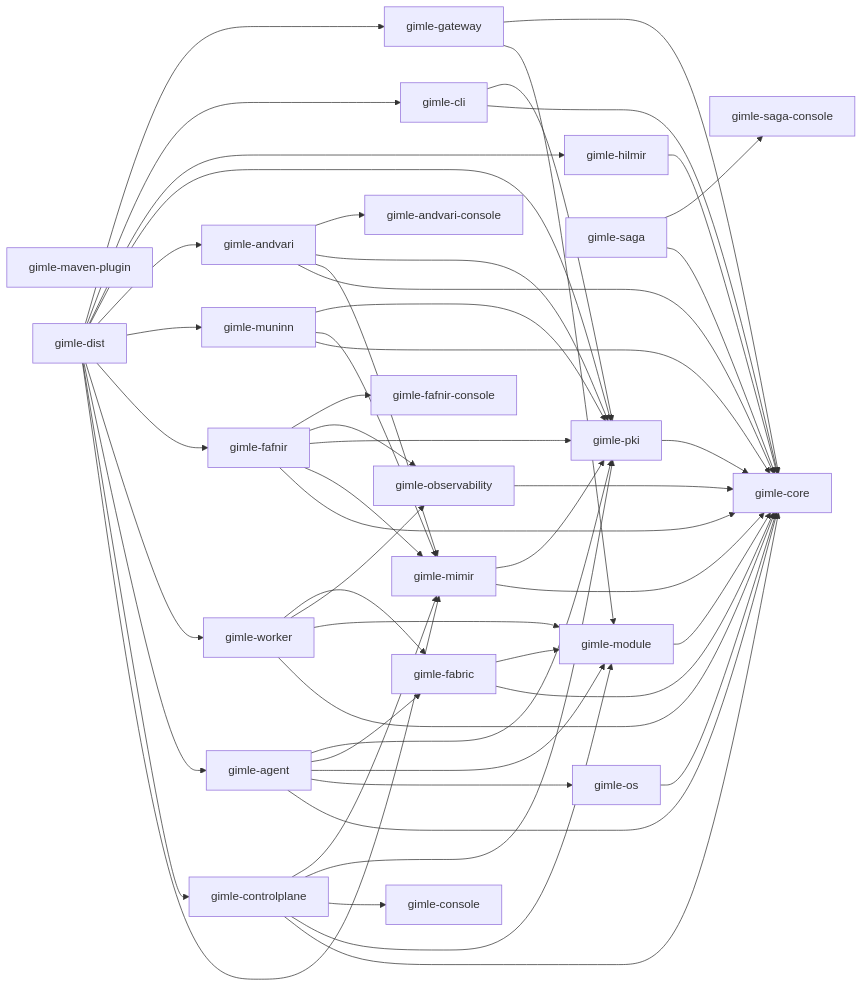
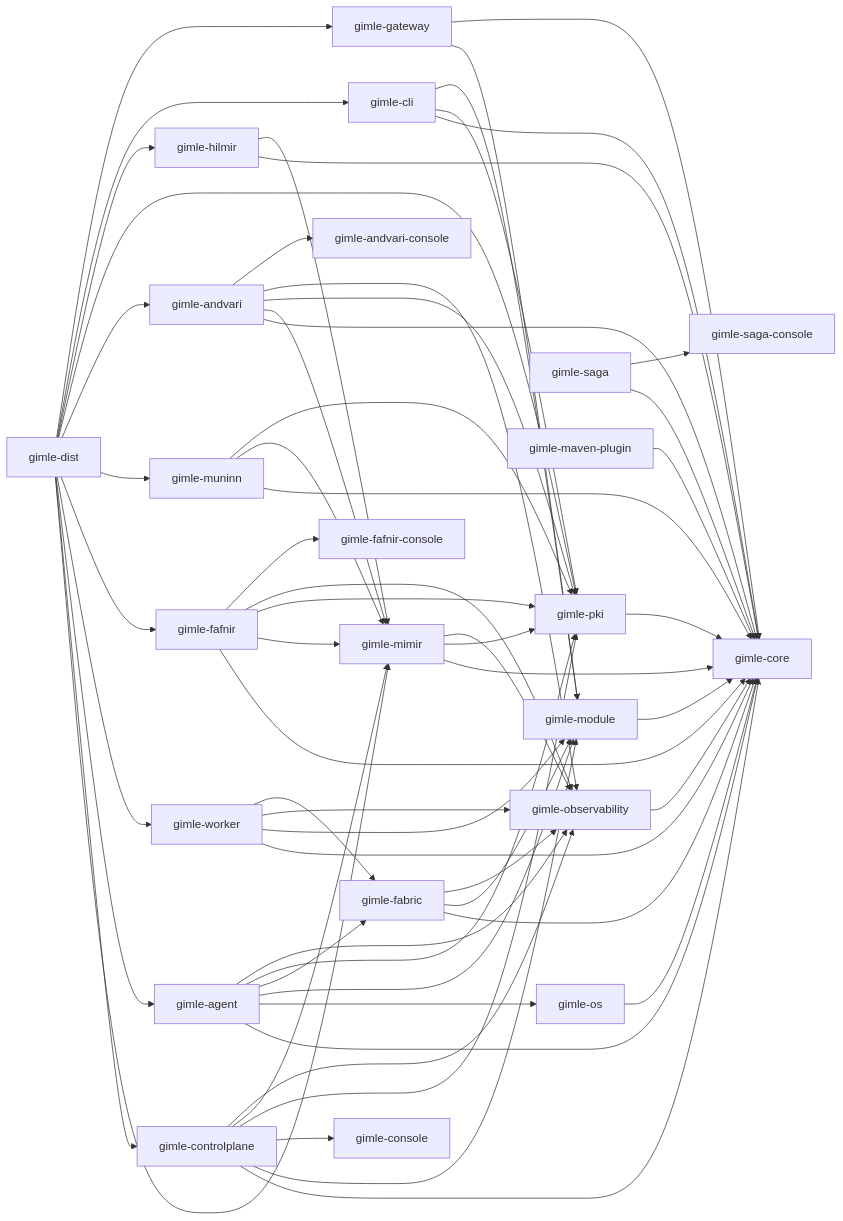
Before and after one commit to ghiloufibg/gimle: the diagram in gimle-docs/docs/contributing/project-structure.md, drawn with Mermaid. The commit also changed other lines of this file and 13 other files, not shown here.

First line of the commit message:
docs: sync drifted content, add three animated architecture diagrams

````diff
--- a/gimle-docs/docs/contributing/project-structure.md
+++ b/gimle-docs/docs/contributing/project-structure.md
@@ -19,57 +19,64 @@
 ```mermaid
 graph LR
     core[gimle-core]
     module[gimle-module] --> core
     os[gimle-os] --> core
     observability[gimle-observability] --> core
     fabric[gimle-fabric] --> core
     fabric --> module
+    fabric --> observability
     gateway[gimle-gateway] --> module
     gateway --> core
     pki[gimle-pki] --> core
     worker[gimle-worker] --> core
     worker --> module
     worker --> observability
     worker --> fabric
     agent[gimle-agent] --> core
     agent --> os
     agent --> module
     agent --> fabric
     agent --> pki
+    agent --> observability
     mimir[gimle-mimir] --> core
     mimir --> pki
+    mimir --> observability
     fafnir[gimle-fafnir] --> core
     fafnir --> mimir
     fafnir --> pki
     fafnir --> observability
     fafnir --> fafnirconsole[gimle-fafnir-console]
     muninn[gimle-muninn] --> core
     muninn --> mimir
     muninn --> pki
     andvari[gimle-andvari] --> core
     andvari --> mimir
     andvari --> pki
+    andvari --> observability
     andvari --> andvariconsole[gimle-andvari-console]
     controlplane[gimle-controlplane] --> core
     controlplane --> module
     controlplane --> console[gimle-console]
     controlplane --> pki
     controlplane --> mimir
+    controlplane --> observability
     cli[gimle-cli] --> core
     cli --> pki
+    cli --> module
     saga[gimle-saga] --> core
     saga --> sagaconsole[gimle-saga-console]
     hilmir[gimle-hilmir] --> core
-    mavenplugin[gimle-maven-plugin]
+    hilmir --> mimir
+    mavenplugin[gimle-maven-plugin] --> core
     dist[gimle-dist] --> mimir
     dist --> controlplane
     dist --> agent
     dist --> worker
     dist --> fafnir
     dist --> muninn
     dist --> andvari
     dist --> pki
     dist --> hilmir
     dist --> cli
     dist --> gateway
 ```
````
